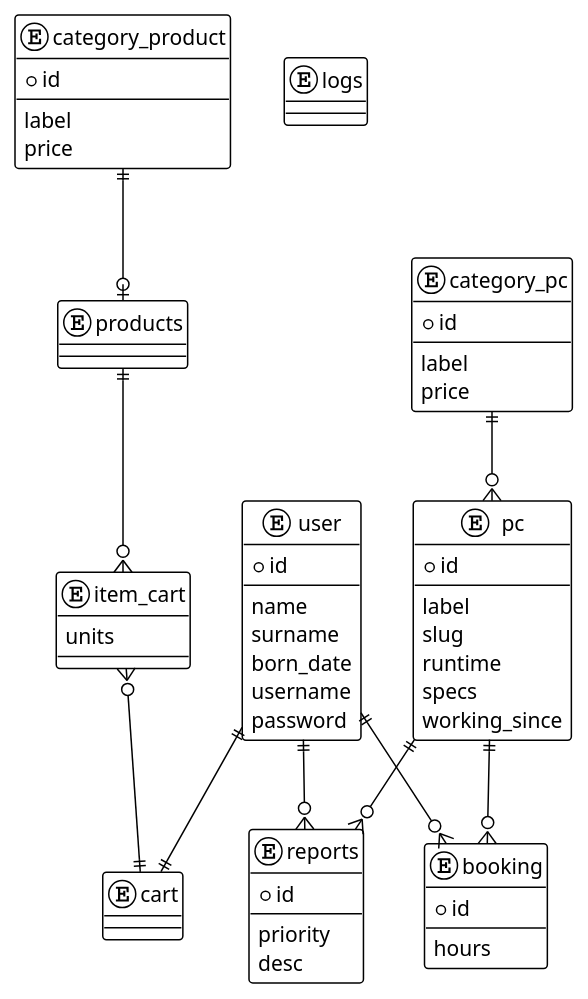
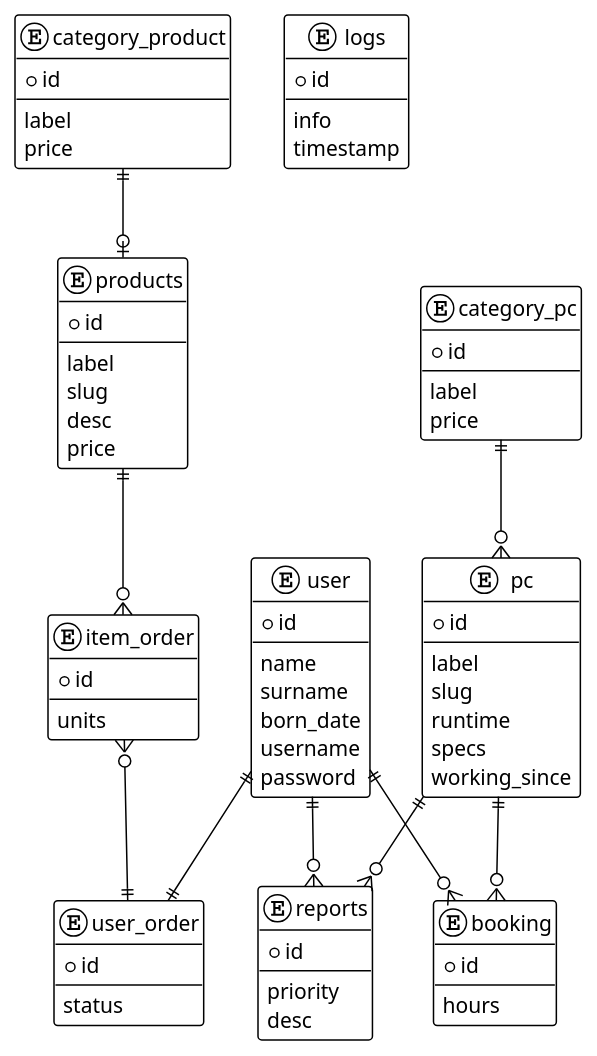
Before and after one commit to cybereats/tienda-back: the diagram in src/main/resources/uml/diagrama1.puml, drawn with PlantUML.

Commit message:
Initial Plant UML

```diff
--- a/src/main/resources/uml/diagrama1.puml
+++ b/src/main/resources/uml/diagrama1.puml
@@ -1,82 +1,97 @@
 @startuml
 !theme plain
 
 entity category_product {
     *id
     --
     label
     price
 }
 
 entity products {
+    *id
+    --
+    label
+    slug
+    desc
+    price
 }
 
-entity item_cart {
+entity item_order {
+    *id
+    --
     units
 }
 
-entity cart {
+entity user_order {
+    *id
+    --
+    status
 }
 
 entity logs {
+    *id
+    --
+    info
+    timestamp
 }
 
 entity category_pc {
     *id
     --
     label
     price
 }
 
 entity pc {
     *id
     --
     label
     slug
     runtime
     specs
     working_since
 }
 
 entity booking {
     *id
     --
     hours
 }
 
 entity reports {
     *id
     --
     priority
     desc
 }
 
 entity user {
     *id
     --
     name
     surname
     born_date
     username
     password
 }
 
 ' ---------------------------
 '      RELACIONES
 ' ---------------------------
 
 category_product ||--o| products
-products ||--o{ item_cart
-item_cart }o--|| cart
+products ||--o{ item_order
+item_order }o--|| user_order
 
 category_pc ||--o{ pc
 
 pc ||--o{ booking
 user ||--o{ booking
 
 pc ||--o{ reports
 user ||--o{ reports
 
-user ||--|| cart
+user ||--|| user_order
 
 @enduml
```
